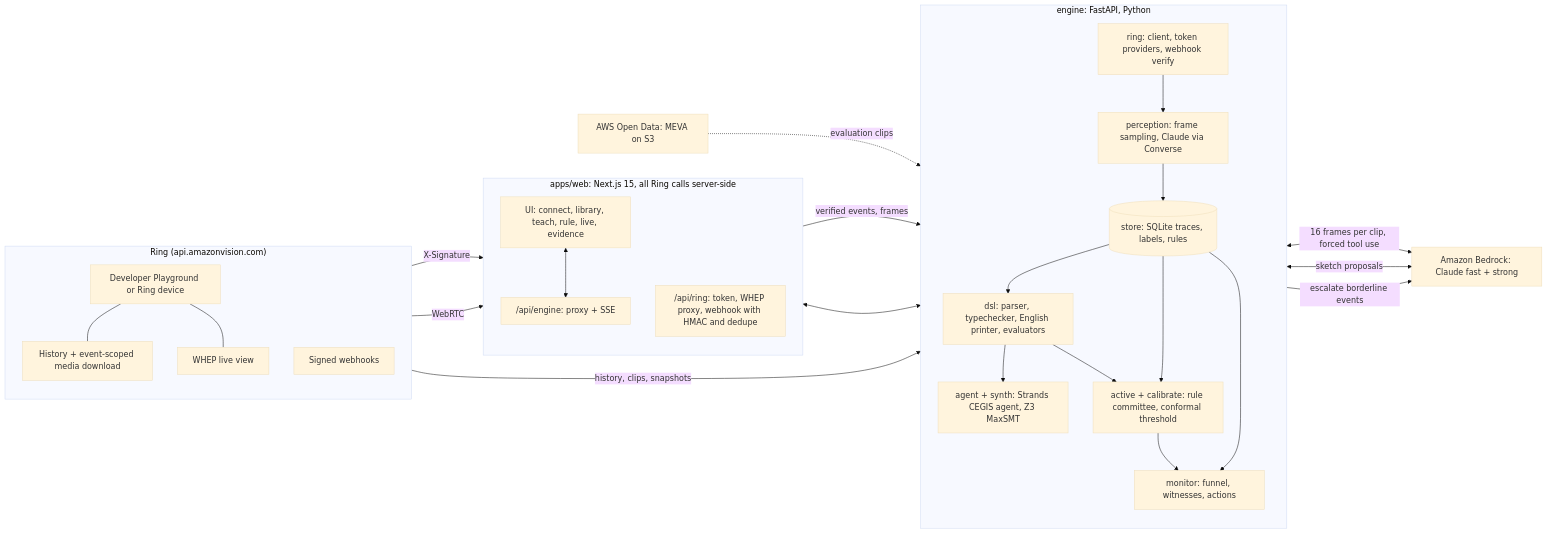
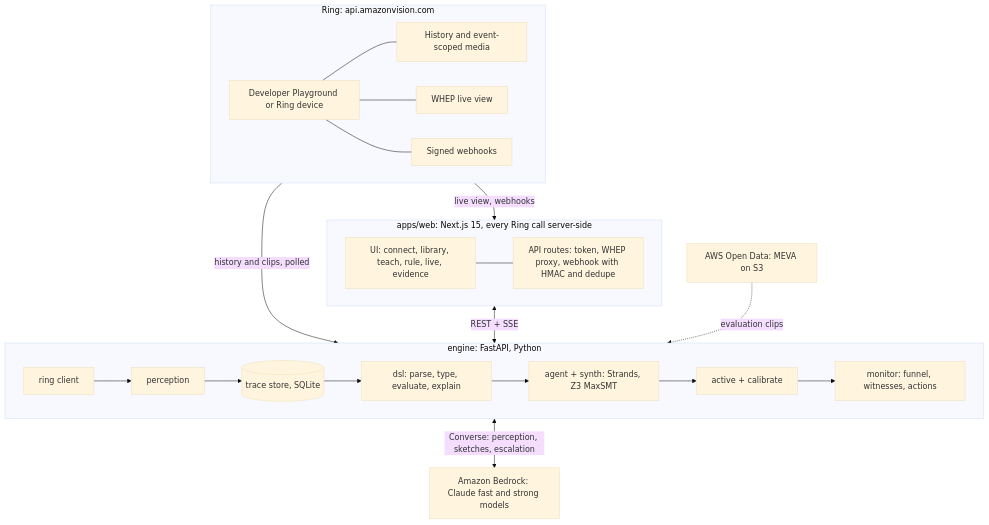
The diagram in README.md (ethanrom/Exemplar), drawn with Mermaid (base theme) before and after one commit.

Commit message:
docs: simplify the architecture diagram

````diff
--- a/README.md
+++ b/README.md
@@ -33,52 +33,39 @@
 ```mermaid
-flowchart LR
-    subgraph RING["Ring (api.amazonvision.com)"]
-        direction TB
+flowchart TB
+    subgraph RING["Ring: api.amazonvision.com"]
+        direction LR
         R1["Developer Playground or Ring device"]
-        R2["History + event-scoped media download"]
+        R2["History and event-scoped media"]
         R3["WHEP live view"]
         R4["Signed webhooks"]
+        R1 --- R2
+        R1 --- R3
+        R1 --- R4
     end
 
-    subgraph WEB["apps/web: Next.js 15, all Ring calls server-side"]
-        direction TB
+    subgraph WEB["apps/web: Next.js 15, every Ring call server-side"]
+        direction LR
         W1["UI: connect, library, teach, rule, live, evidence"]
-        W2["/api/ring: token, WHEP proxy, webhook with HMAC and dedupe"]
-        W3["/api/engine: proxy + SSE"]
+        W2["API routes: token, WHEP proxy, webhook with HMAC and dedupe"]
+        W1 --- W2
     end
 
     subgraph ENG["engine: FastAPI, Python"]
-        direction TB
-        E1["ring: client, token providers, webhook verify"]
-        E2["perception: frame sampling, Claude via Converse"]
-        E3[("store: SQLite traces, labels, rules")]
-        E4["dsl: parser, typechecker, English printer, evaluators"]
-        E5["agent + synth: Strands CEGIS agent, Z3 MaxSMT"]
-        E6["active + calibrate: rule committee, conformal threshold"]
-        E7["monitor: funnel, witnesses, actions"]
+        direction LR
+        E1["ring client"] --> E2["perception"]
+        E2 --> E3[("trace store, SQLite")]
+        E3 --> E4["dsl: parse, type, evaluate, explain"]
+        E4 --> E5["agent + synth: Strands, Z3 MaxSMT"]
+        E5 --> E6["active + calibrate"]
+        E6 --> E7["monitor: funnel, witnesses, actions"]
     end
 
-    BR["Amazon Bedrock: Claude fast + strong"]
-    S3["AWS Open Data: MEVA on S3"]
+    BR["Amazon Bedrock: Claude fast and strong models"]
+    OD["AWS Open Data: MEVA on S3"]
 
-    R1 --- R2
-    R1 --- R3
-    R2 -- "history, clips, snapshots" --> E1
-    R4 -- "X-Signature" --> W2
-    R3 -- "WebRTC" --> W2
-    W2 -- "verified events, frames" --> E1
-    W1 <--> W3
-    W3 <--> ENG
-    E1 --> E2
-    E2 <-- "16 frames per clip, forced tool use" --> BR
-    E2 --> E3
-    E3 --> E4
-    E4 --> E5
-    E5 <-- "sketch proposals" --> BR
-    E3 --> E6
-    E4 --> E6
-    E3 --> E7
-    E6 --> E7
-    E7 -- "escalate borderline events" --> BR
-    S3 -. "evaluation clips" .-> E2
+    RING -- "history and clips, polled" --> ENG
+    RING -- "live view, webhooks" --> WEB
+    WEB <-- "REST + SSE" --> ENG
+    ENG <-- "Converse: perception, sketches, escalation" --> BR
+    OD -. "evaluation clips" .-> ENG
 ```
````
